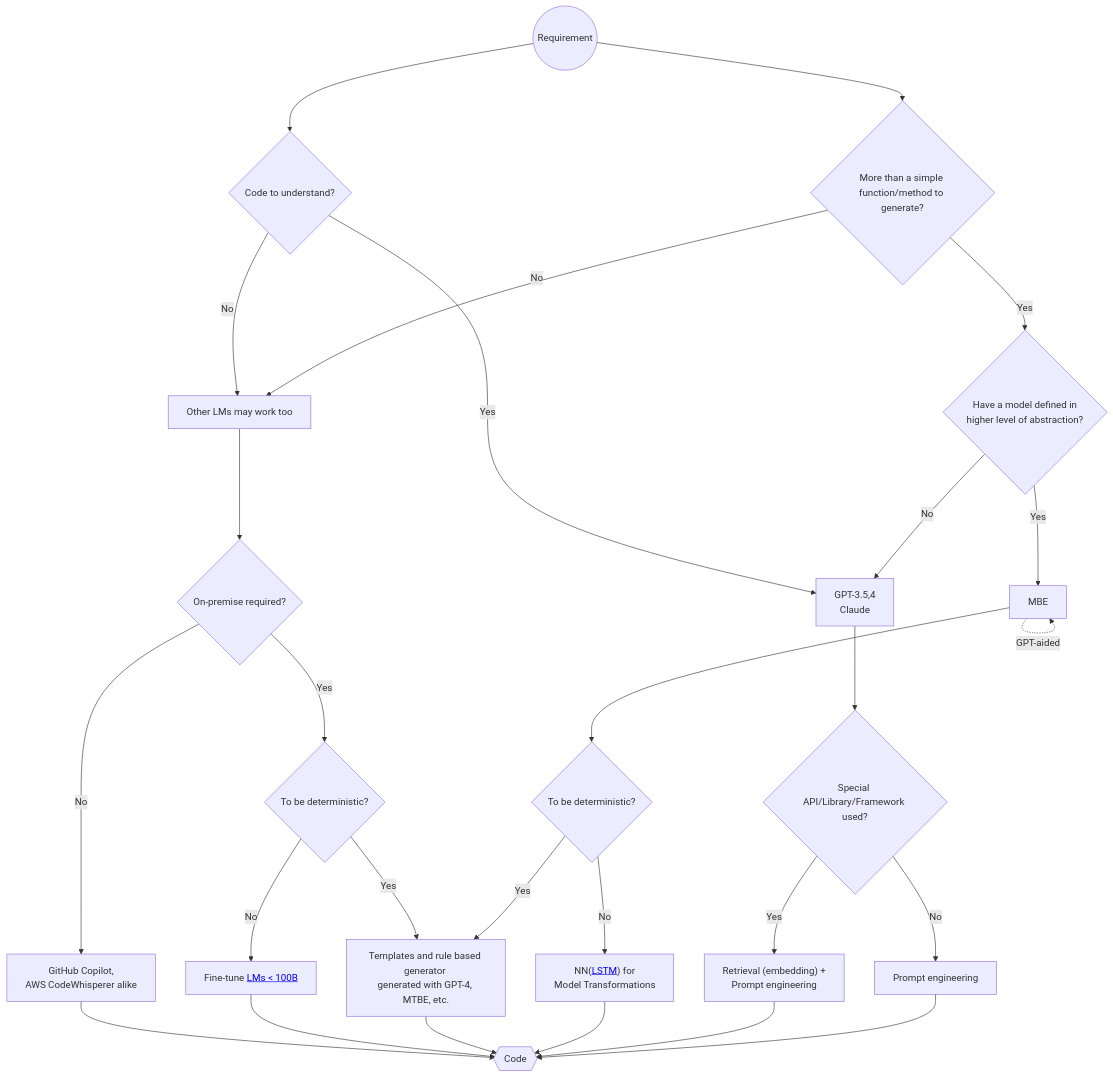
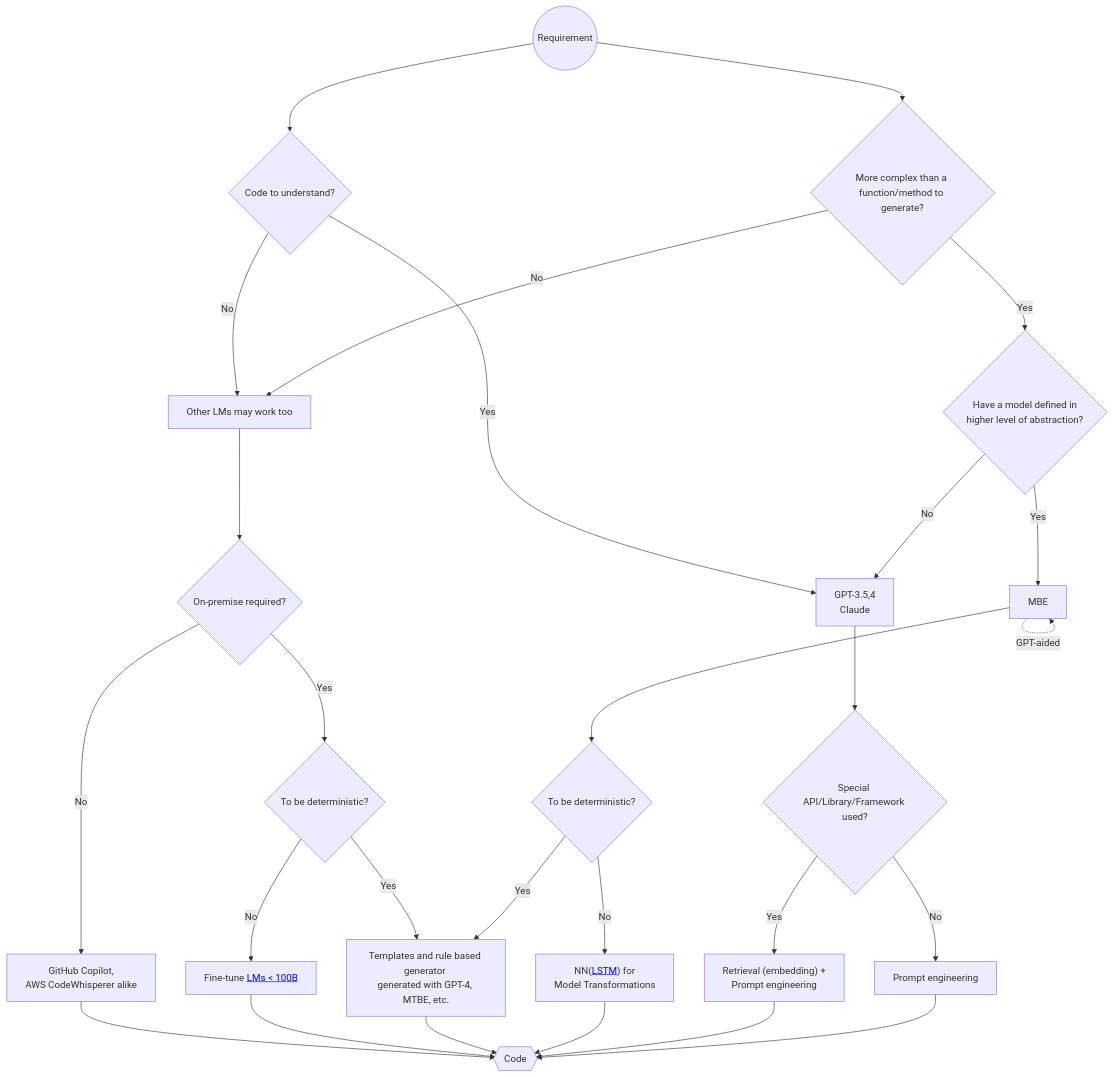
One commit to AI-LLM/ai-llm.github.io changed the diagram in Code-Generation.md. Above: the diagram before and after it, drawn with Mermaid.

````diff
--- a/Code-Generation.md
+++ b/Code-Generation.md
@@ -3,29 +3,29 @@
 ```mermaid
 graph TD;
-    S((Requirement))-->Q1{"More than a simple \nfunction/method to generate?"};
+    S((Requirement))-->Q1{"More complex than a \nfunction/method to generate?"};
     S-->Q2{Code to understand?};
     Q1 -- Yes --> Q1a{"Have a model defined in \nhigher level of abstraction?"}
     Q1a -- No --> P1["GPT-3.5,4\nClaude"];
     Q1a -- Yes --> P100[MBE]
     P100 -. GPT-aided .-> P100
     P100 --> Q1b{To be deterministic?} 
     Q1b -- No --> P12["NN(<a target='_blank' href='https://modeling-languages.com/lstm-neural-network-model-transformations/'>LSTM</a>) for \nModel Transformations"]
     Q1b -- Yes --> P21
     Q1 -- No -->P2[Other LMs may work too];
     Q2 -- Yes -->P1
     Q2 -- No -->P2;
     P1 --> Q3{"Special \nAPI/Library/Framework used?"};
     Q3 -- No -->P10[Prompt engineering];
     Q3 -- Yes -->P11["Retrieval (embedding) + \nPrompt engineering"];
     P2 --> Q4{On-premise required?};
     Q4 -- Yes --> Q5{To be deterministic?};
     Q4 -- No --> P23["GitHub Copilot, \nAWS CodeWhisperer alike"]
     Q5 -- Yes --> P21["Templates and rule based generator \ngenerated with GPT-4, MTBE, etc."]
     Q5 -- No --> P22["Fine-tune <a href='https://github.com/AI-LLM/ai-llm.github.io/blob/main/Code-LLM-alternatives.md'>LMs < 100B</a>"]
     P10 --> Code{{Code}}
     P11 --> Code
     P12 --> Code
     P21 --> Code
     P22 --> Code
     P23 --> Code
 ```
````
